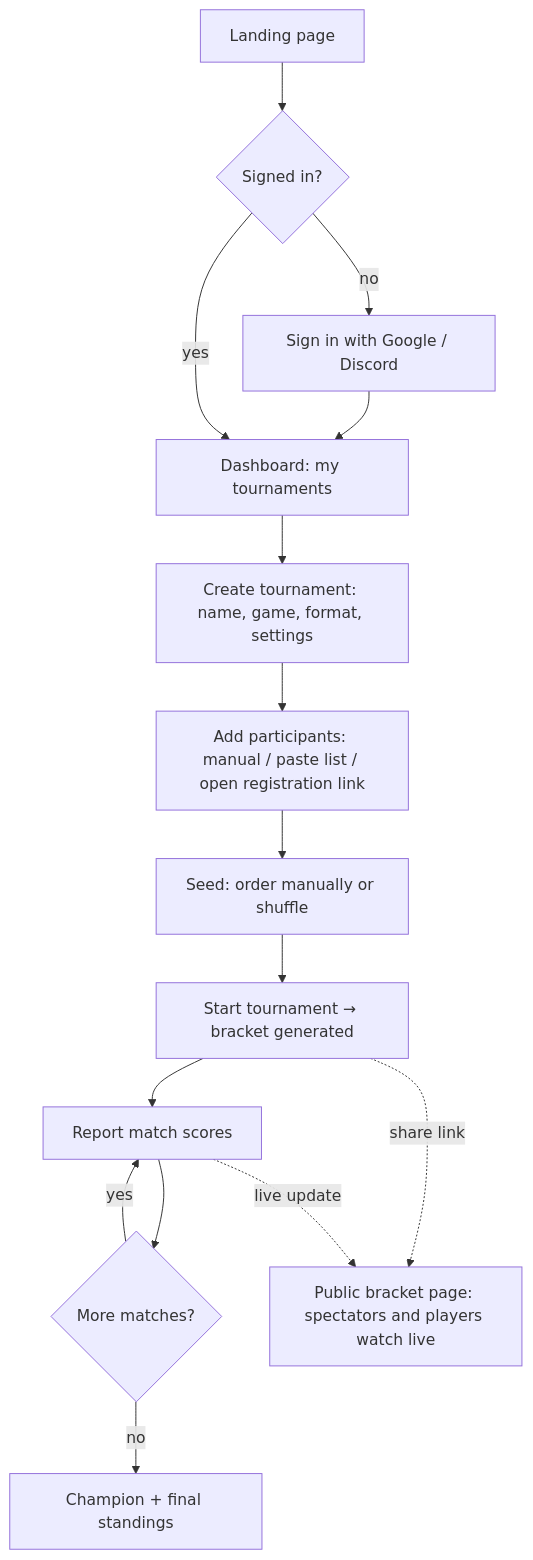
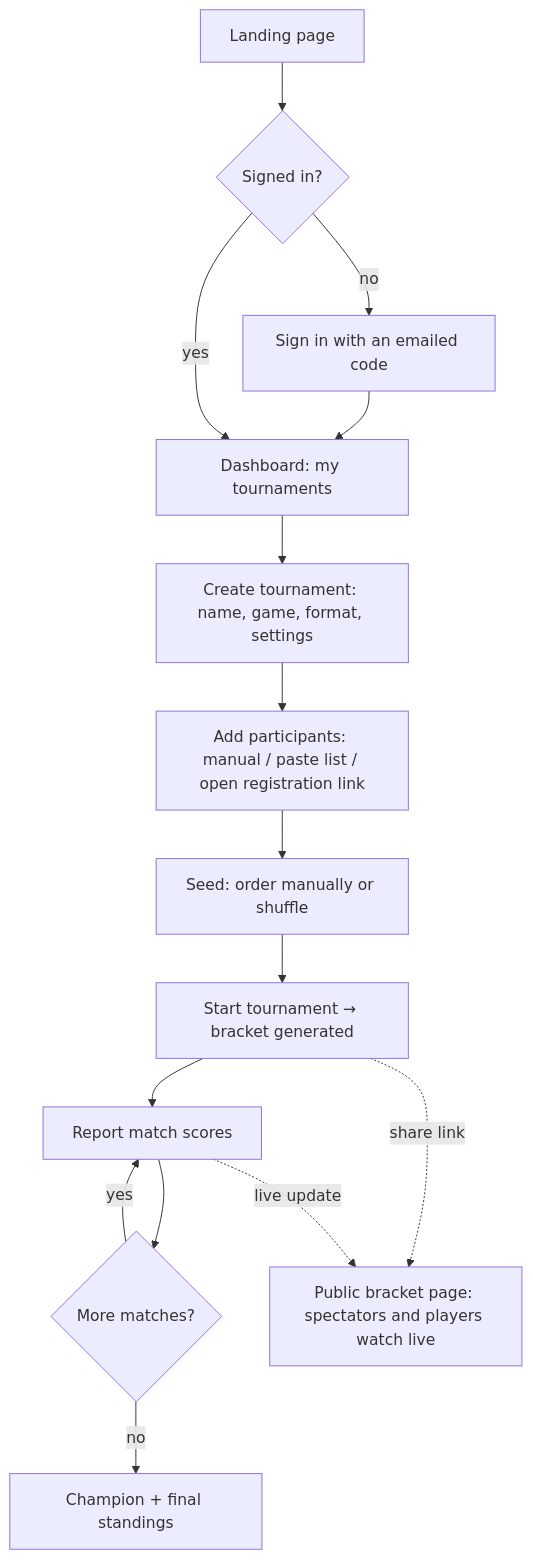
One commit to sean259/Laurel changed the diagram in docs/ROADMAP.md. Above: the diagram before and after it, drawn with Mermaid. The commit also changed other lines of this file and 17 other files, not shown here.

````diff
--- a/docs/ROADMAP.md
+++ b/docs/ROADMAP.md
@@ -35,17 +35,17 @@
 ```mermaid
 flowchart TD
     A[Landing page] --> B{Signed in?}
-    B -- no --> L[Sign in with Google / Discord]
+    B -- no --> L[Sign in with an emailed code]
     L --> C
     B -- yes --> C[Dashboard: my tournaments]
     C --> D[Create tournament: name, game, format, settings]
     D --> E[Add participants: manual / paste list / open registration link]
     E --> F[Seed: order manually or shuffle]
     F --> G[Start tournament → bracket generated]
     G --> H[Report match scores]
     H --> I{More matches?}
     I -- yes --> H
     I -- no --> J[Champion + final standings]
     G -.share link.-> P[Public bracket page: spectators and players watch live]
     H -.live update.-> P
 ```
````
